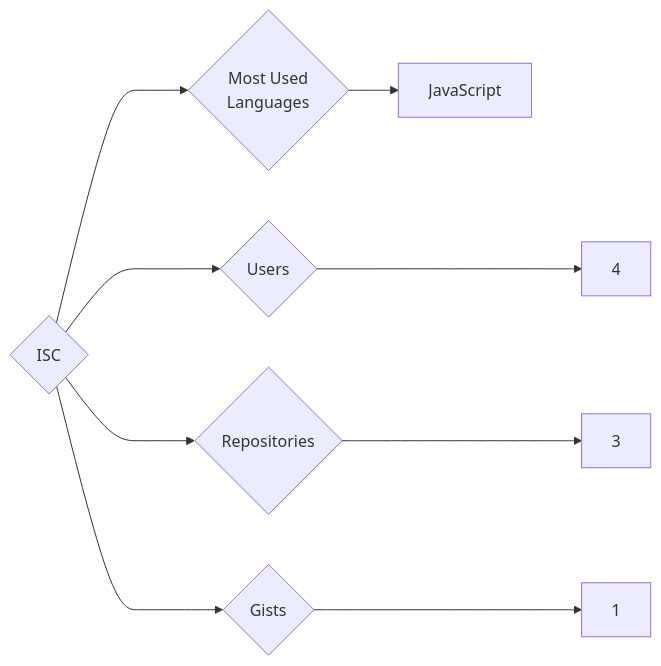
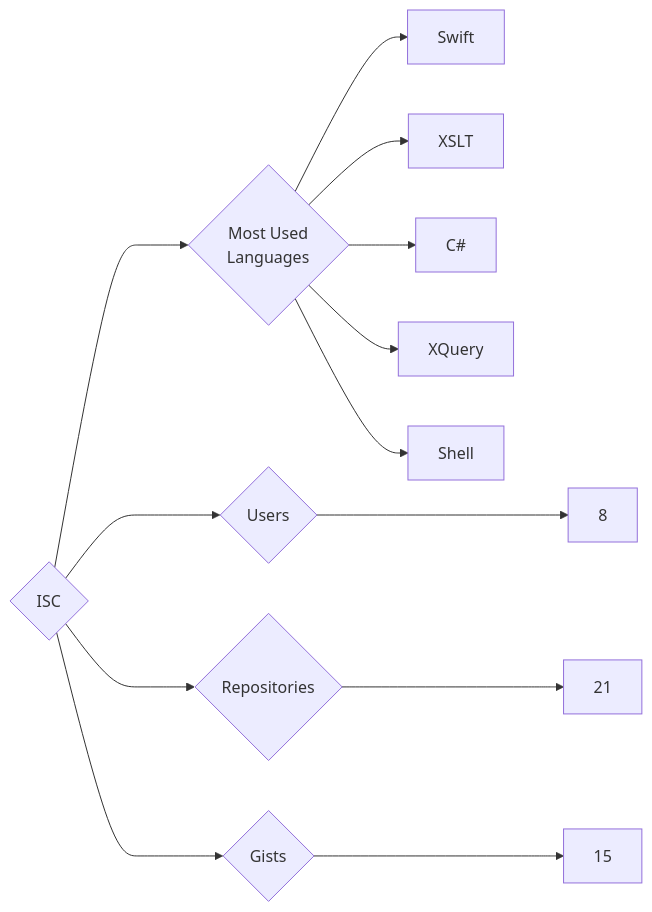
Before and after one commit to trickest/insiders: the diagram in targets/ISC/README.md, drawn with Mermaid. The commit also changed 934 other files, not shown here.

````diff
--- a/targets/ISC/README.md
+++ b/targets/ISC/README.md
@@ -3,9 +3,13 @@
 ```mermaid
 graph LR
 COMPANY_NAME{ISC}
-COMPANY_NAME ---> U{Users} ---> UN[4]
-COMPANY_NAME ---> R{Repositories} ---> RN[3]
-COMPANY_NAME ---> G{Gists} ---> GN[1]
+COMPANY_NAME ---> U{Users} ---> UN[8]
+COMPANY_NAME ---> R{Repositories} ---> RN[21]
+COMPANY_NAME ---> G{Gists} ---> GN[15]
 COMPANY_NAME ---> ML{Most Used<br>Languages}
-ML --> JavaScript[JavaScript]
+ML --> Swift[Swift]
+ML --> XSLT[XSLT]
+ML --> C#[C#]
+ML --> XQuery[XQuery]
+ML --> Shell[Shell]
 ```
````
